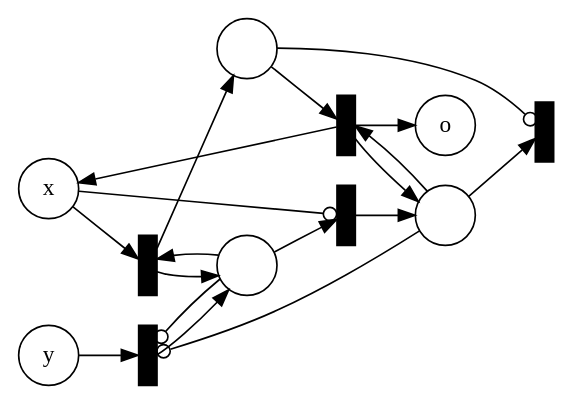
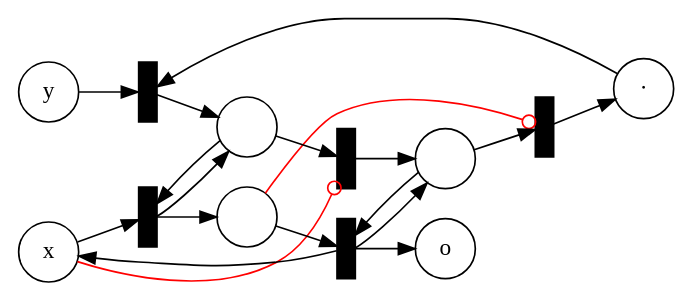
One commit to dzufferey/dzufferey.github.io changed the third of 7 diagrams in concurrency_theory_2019/exercises/solutions_3.md. Above: the diagram before and after it, drawn with Graphviz. The commit also changed other lines of this file, not shown here.

````diff
--- a/concurrency_theory_2019/exercises/solutions_3.md
+++ b/concurrency_theory_2019/exercises/solutions_3.md
@@ -135,36 +138,37 @@
 ```graphviz
 digraph PN {
 	rankdir=LR;
     node [shape = circle, fixedsize = true, width = 0.5] x;
     node [shape = circle, fixedsize = true, width = 0.5] y;
     node [shape = circle, fixedsize = true, width = 0.5] o;
     node [shape = circle, fixedsize = true, width = 0.5, label = ""] a;
     node [shape = circle, fixedsize = true, width = 0.5, label = ""] b;
     node [shape = circle, fixedsize = true, width = 0.5, label = ""] c;
+    node [shape = circle, fixedsize = true, width = 0.5, label = "∙"] d;
 
     node [shape = box, label = "", style = filled, fillcolor = black, fixedsize = true, width = 0.15];
     x -> t1;
     t1 -> a;
     a -> t2;
     t2 -> o;
     t2 -> x;
     y -> t3;
     t3 -> b;
     b -> t4;
     t4 -> c;
     c -> t5;
     b -> t1;
     t1 -> b;
     c -> t2;
     t2 -> c;
+    t5 -> d;
+    d -> t3;
     
     {rank = same; x; y;}
     {rank = same; t1; t3;}
 
-    edge [ arrowhead = odot];
+    edge [ arrowhead = odot, constraint = false, color = red ];
     x -> t4;
-    b -> t3;
     a -> t5;
-    c -> t3;
 }
 ```
````
